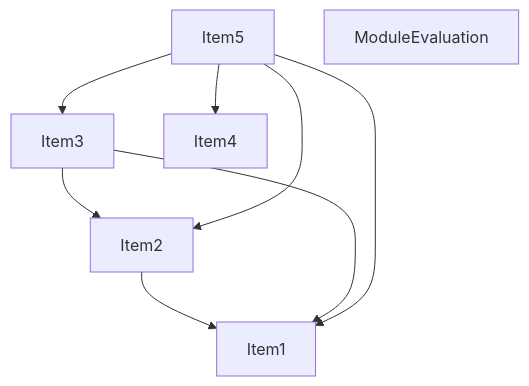
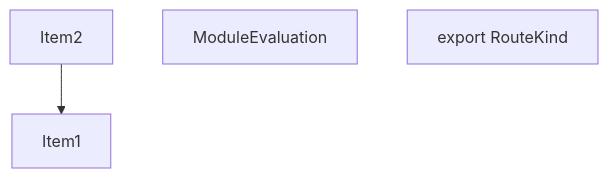
One commit to vercel/turborepo changed the second of 5 diagrams in crates/turbopack-ecmascript/tests/tree-shaker/analyzer/route-kind/output.md. Above: the diagram before and after it, drawn with Mermaid. The commit also changed other lines of this file, not shown here.

````diff
--- a/crates/turbopack-ecmascript/tests/tree-shaker/analyzer/route-kind/output.md
+++ b/crates/turbopack-ecmascript/tests/tree-shaker/analyzer/route-kind/output.md
@@ -80,17 +42,10 @@
 ```mermaid
 graph TD
     Item1;
     Item2;
     Item3;
+    Item3["ModuleEvaluation"];
     Item4;
-    Item5;
-    Item6;
-    Item6["ModuleEvaluation"];
+    Item4["export RouteKind"];
     Item2 --> Item1;
-    Item3 --> Item1;
-    Item3 --> Item2;
-    Item5 --> Item4;
-    Item5 --> Item1;
-    Item5 --> Item2;
-    Item5 --> Item3;
 ```
````
